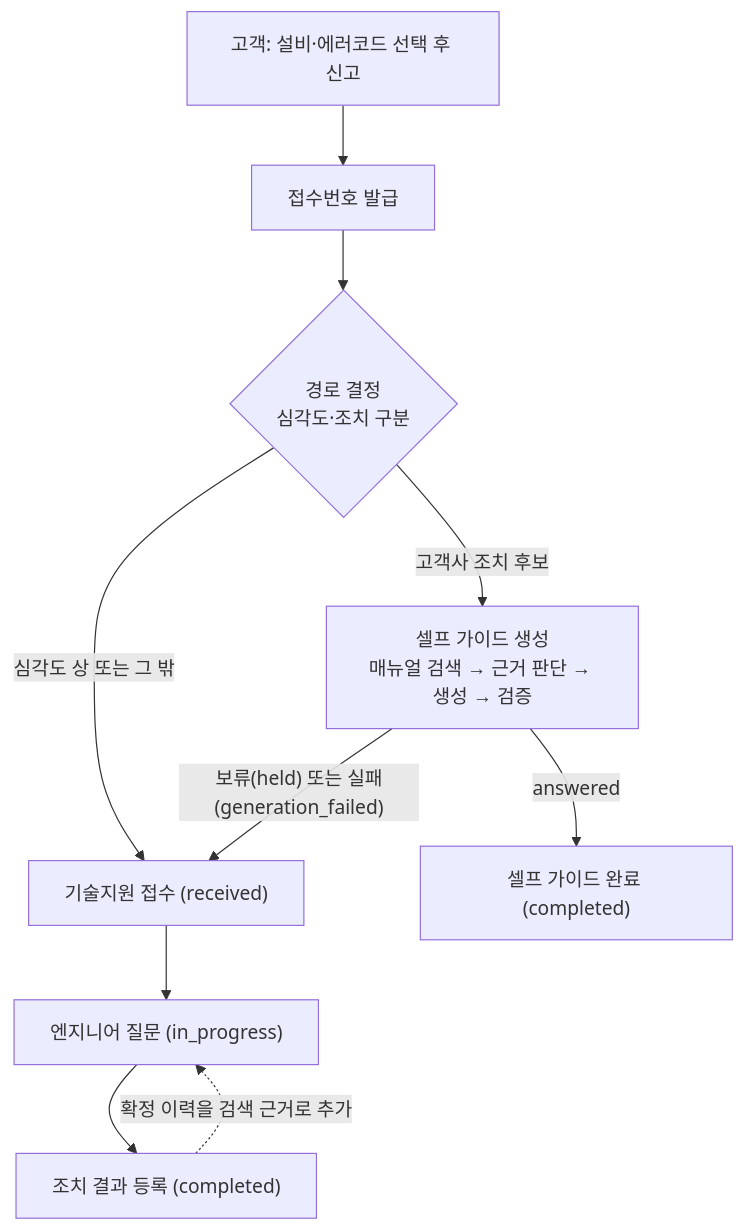
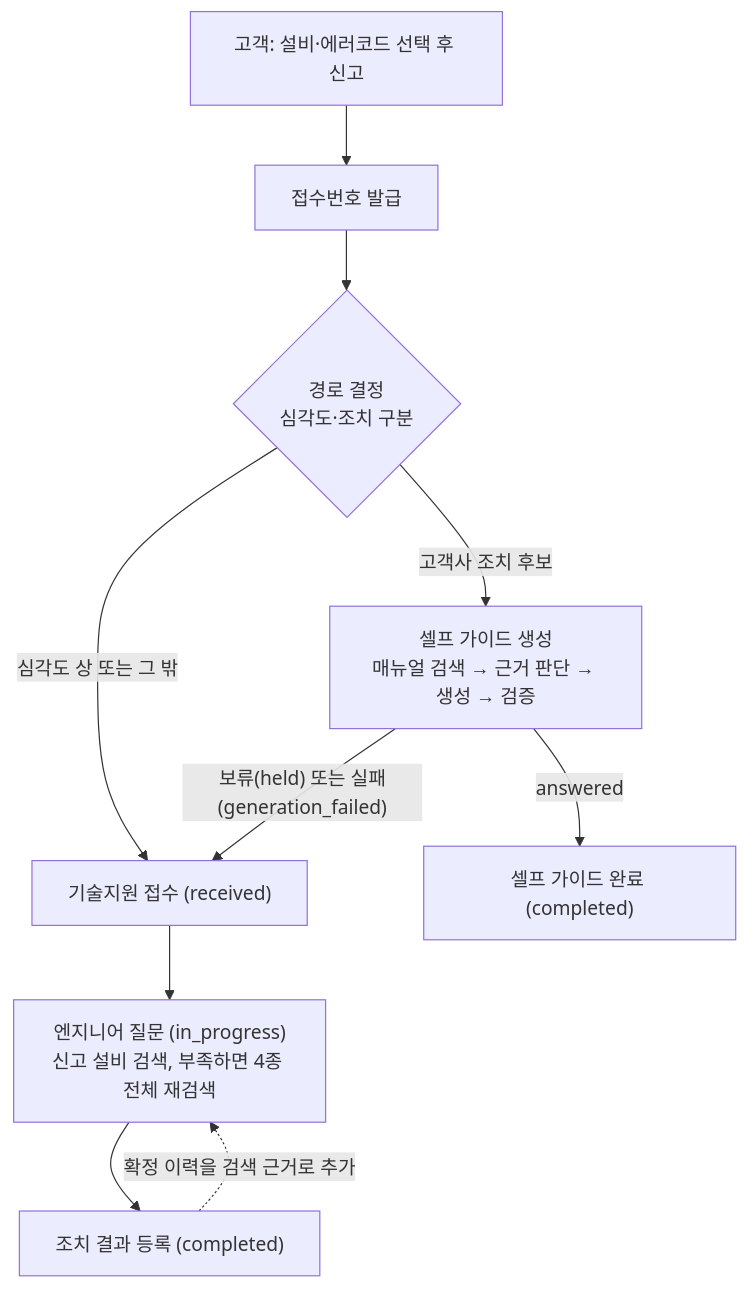
Before and after one commit to movebrain/m-pilot: the diagram in README.md, drawn with Mermaid. The commit also changed other lines of this file, not shown here.

````diff
--- a/README.md
+++ b/README.md
@@ -79,12 +76,12 @@
 ```mermaid
 flowchart TD
     A["고객: 설비·에러코드 선택 후 신고"] --> B["접수번호 발급"]
     B --> C{"경로 결정<br/>심각도·조치 구분"}
     C -->|"고객사 조치 후보"| G["셀프 가이드 생성<br/>매뉴얼 검색 → 근거 판단 → 생성 → 검증"]
     C -->|"심각도 상 또는 그 밖"| S["기술지원 접수 (received)"]
     G -->|"answered"| D["셀프 가이드 완료 (completed)"]
     G -->|"보류(held) 또는 실패(generation_failed)"| S
-    S --> I["엔지니어 질문 (in_progress)"]
+    S --> I["엔지니어 질문 (in_progress)<br/>신고 설비 검색, 부족하면 4종 전체 재검색"]
     I --> K["조치 결과 등록 (completed)"]
     K -.->|"확정 이력을 검색 근거로 추가"| I
 ```
````
